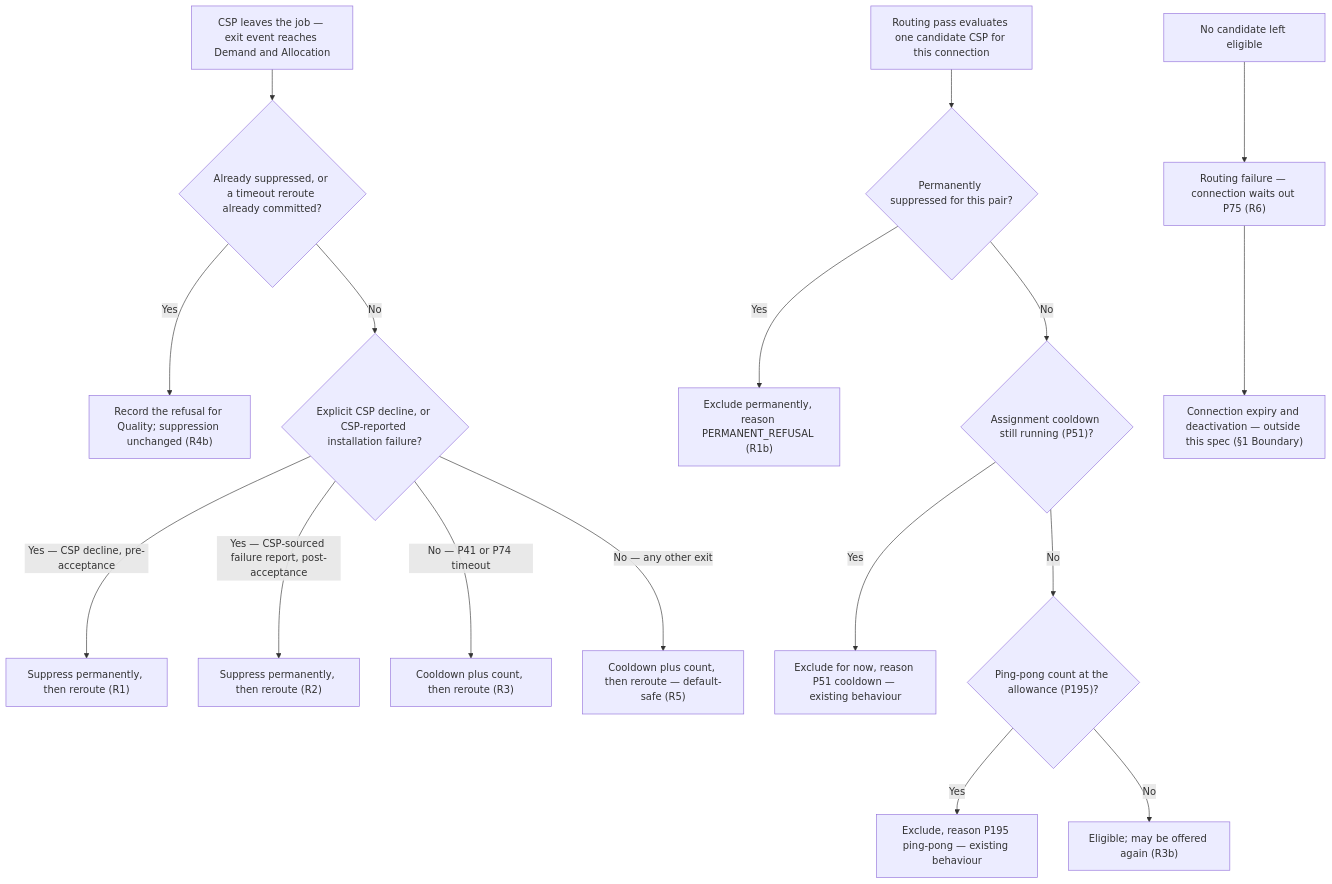
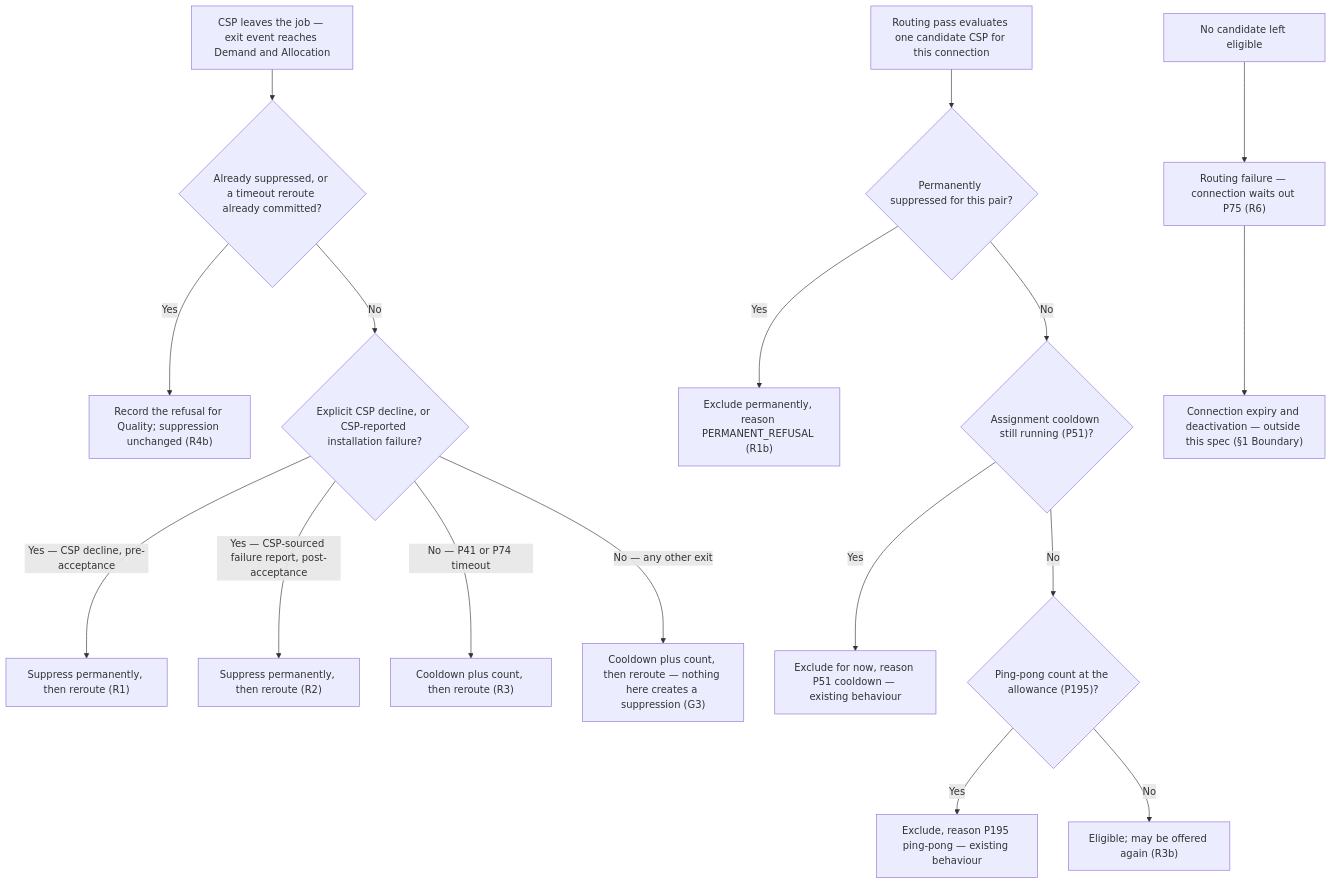
Before and after one commit to ashish-raj-wiom/decline-retrigger-spec: the diagram in Decline_Retrigger_Suppression_PRD.md, drawn with Mermaid. The commit also changed other lines of this file and 1 other file, not shown here.

````diff
--- a/Decline_Retrigger_Suppression_PRD.md
+++ b/Decline_Retrigger_Suppression_PRD.md
@@ -91,21 +90,21 @@
 ```mermaid
 flowchart TD
     A["CSP leaves the job — exit event reaches Demand and Allocation"] --> A2{"Already suppressed, or a timeout reroute already committed?"}
     A2 -- "Yes" --> A3["Record the refusal for Quality; suppression unchanged (R4b)"]
     A2 -- "No" --> B{"Explicit CSP decline, or CSP-reported installation failure?"}
     B -- "Yes — CSP decline, pre-acceptance" --> C["Suppress permanently, then reroute (R1)"]
     B -- "Yes — CSP-sourced failure report, post-acceptance" --> D["Suppress permanently, then reroute (R2)"]
     B -- "No — P41 or P74 timeout" --> E["Cooldown plus count, then reroute (R3)"]
-    B -- "No — any other exit" --> F["Cooldown plus count, then reroute — default-safe (R5)"]
+    B -- "No — any other exit" --> F["Cooldown plus count, then reroute — nothing here creates a suppression (G3)"]
 
     G["Routing pass evaluates one candidate CSP for this connection"] --> H{"Permanently suppressed for this pair?"}
     H -- "Yes" --> I["Exclude permanently, reason PERMANENT_REFUSAL (R1b)"]
     H -- "No" --> J{"Assignment cooldown still running (P51)?"}
     J -- "Yes" --> K["Exclude for now, reason P51 cooldown — existing behaviour"]
     J -- "No" --> L{"Ping-pong count at the allowance (P195)?"}
     L -- "Yes" --> M["Exclude, reason P195 ping-pong — existing behaviour"]
     L -- "No" --> N["Eligible; may be offered again (R3b)"]
 
     O["No candidate left eligible"] --> P["Routing failure — connection waits out P75 (R6)"]
     P --> Q["Connection expiry and deactivation — outside this spec (§1 Boundary)"]
 ```
````
